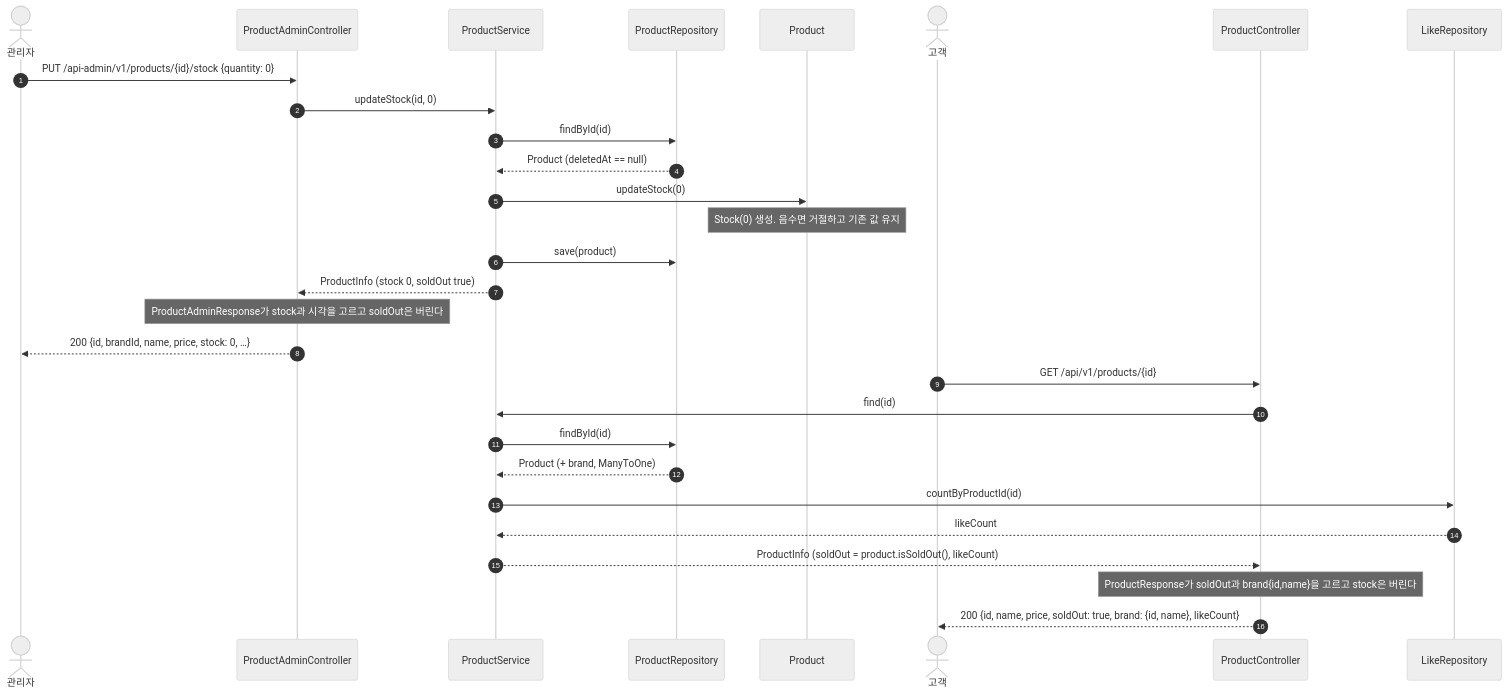
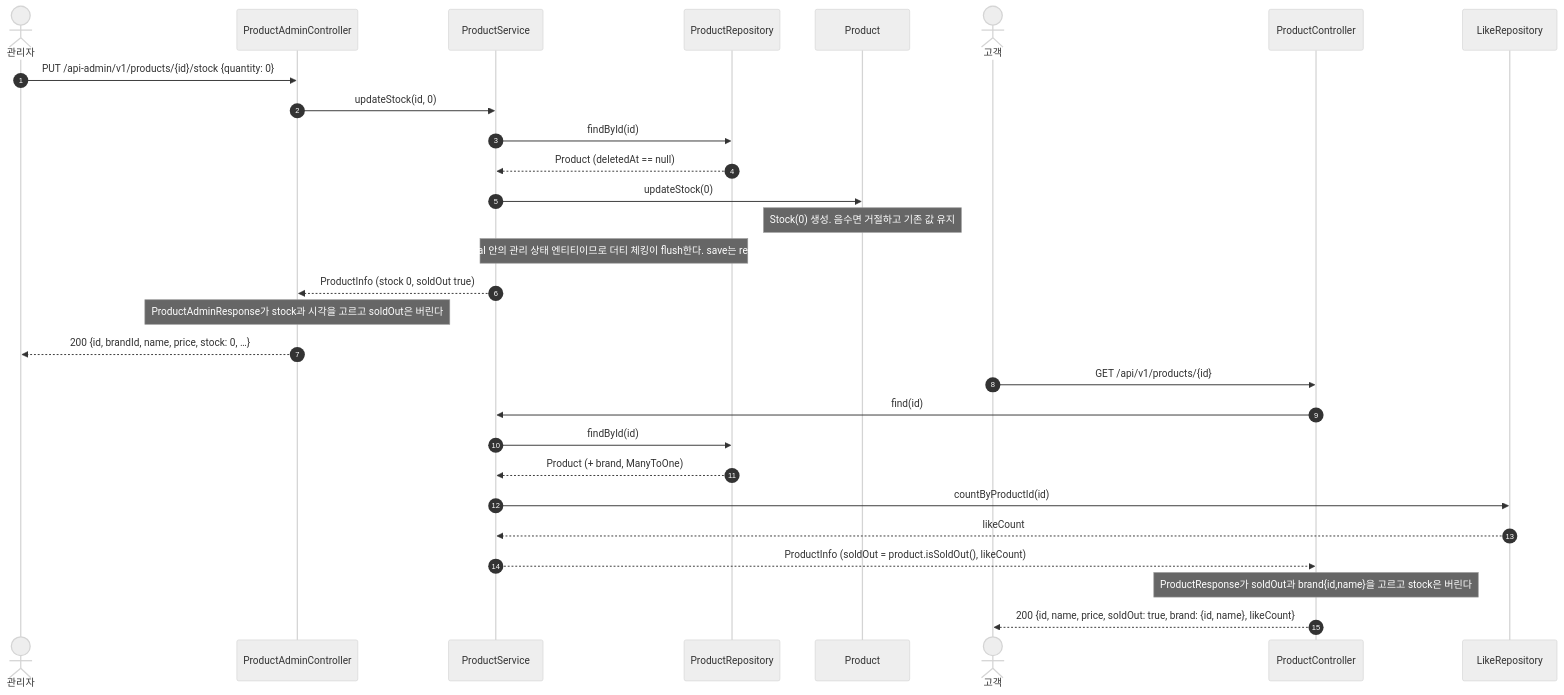
Before and after one commit to giwankim/loop-pack-be-l2-vol5-kotlin: the third of 3 diagrams in docs/design/catalog.md, drawn with Mermaid (neutral theme). The commit also changed other lines of this file, not shown here.

First line of the commit message:
docs(catalog): redraw the stock flow without save and state the trim invariant

````diff
--- a/docs/design/catalog.md
+++ b/docs/design/catalog.md
@@ -128,33 +128,33 @@
 ```mermaid
 sequenceDiagram
     autonumber
     actor Admin as 관리자
     participant AC as ProductAdminController
     participant PF as ProductService
     participant PR as ProductRepository
     participant P as Product
     actor User as 고객
     participant CC as ProductController
     participant LR as LikeRepository
 
     Admin->>AC: PUT /api-admin/v1/products/{id}/stock {quantity: 0}
     AC->>PF: updateStock(id, 0)
     PF->>PR: findById(id)
     PR-->>PF: Product (deletedAt == null)
     PF->>P: updateStock(0)
     Note over P: Stock(0) 생성. 음수면 거절하고 기존 값 유지
-    PF->>PR: save(product)
+    Note over PF,PR: @Transactional 안의 관리 상태 엔티티이므로 더티 체킹이 flush한다. save는 register에만 있다
     PF-->>AC: ProductInfo (stock 0, soldOut true)
     Note over AC: ProductAdminResponse가 stock과 시각을 고르고 soldOut은 버린다
     AC-->>Admin: 200 {id, brandId, name, price, stock: 0, …}
 
     User->>CC: GET /api/v1/products/{id}
     CC->>PF: find(id)
     PF->>PR: findById(id)
     PR-->>PF: Product (+ brand, ManyToOne)
     PF->>LR: countByProductId(id)
     LR-->>PF: likeCount
     PF-->>CC: ProductInfo (soldOut = product.isSoldOut(), likeCount)
     Note over CC: ProductResponse가 soldOut과 brand{id,name}을 고르고 stock은 버린다
     CC-->>User: 200 {id, name, price, soldOut: true, brand: {id, name}, likeCount}
 ```
````
